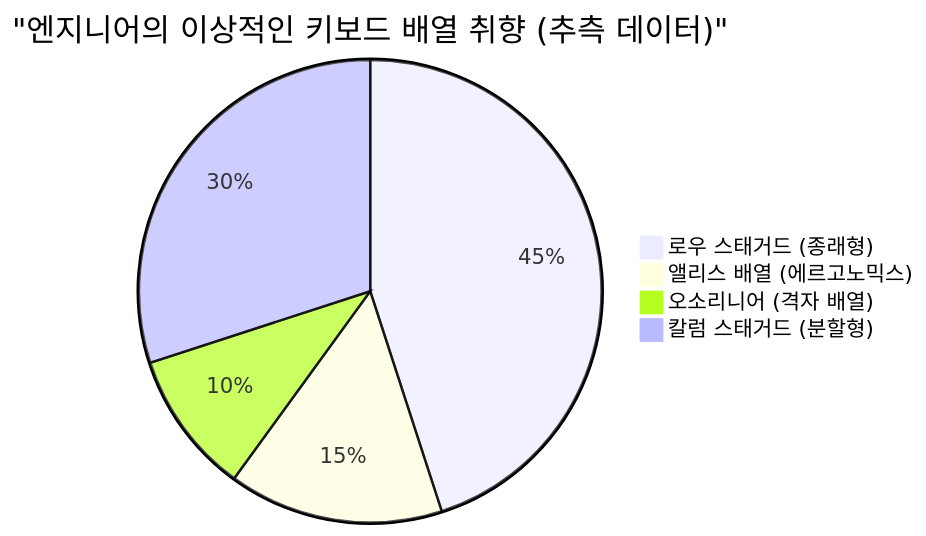
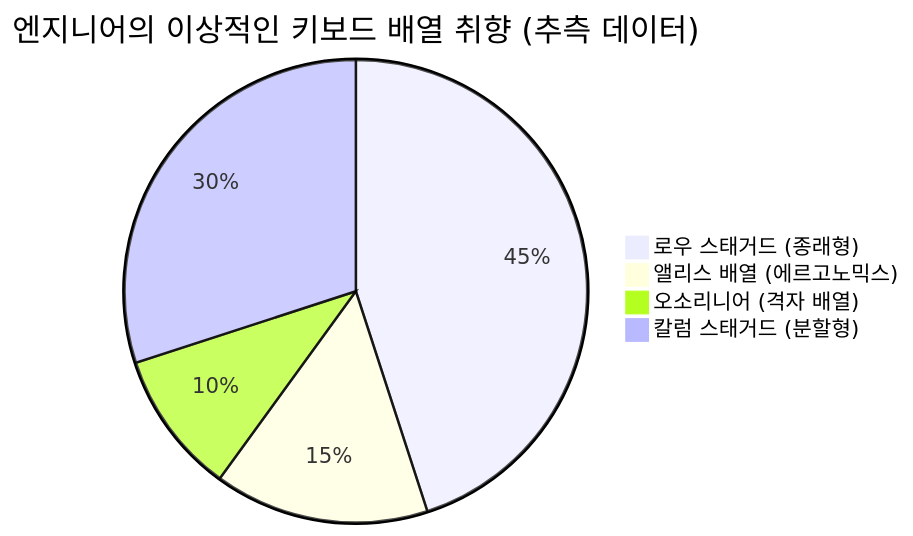
One commit to kenjinote/blog changed the third of 3 diagrams in content/post/mechanical_keyboards/index.ko.md. Above: the diagram before and after it, drawn with Mermaid. The commit also changed other lines of this file and 703 other files, not shown here.

Commit message:
Fix: Remove quotes from Mermaid link texts and timeline definitions to support Mermaid 11.4.1

````diff
--- a/content/post/mechanical_keyboards/index.ko.md
+++ b/content/post/mechanical_keyboards/index.ko.md
@@ -127,7 +127,7 @@
 ```mermaid
-pie title "엔지니어의 이상적인 키보드 배열 취향 (추측 데이터)"
+pie title 엔지니어의 이상적인 키보드 배열 취향 (추측 데이터)
     "로우 스태거드 (종래형)" : 45
     "앨리스 배열 (에르고노믹스)" : 15
     "오소리니어 (격자 배열)" : 10
     "칼럼 스태거드 (분할형)" : 30
 ```
````
